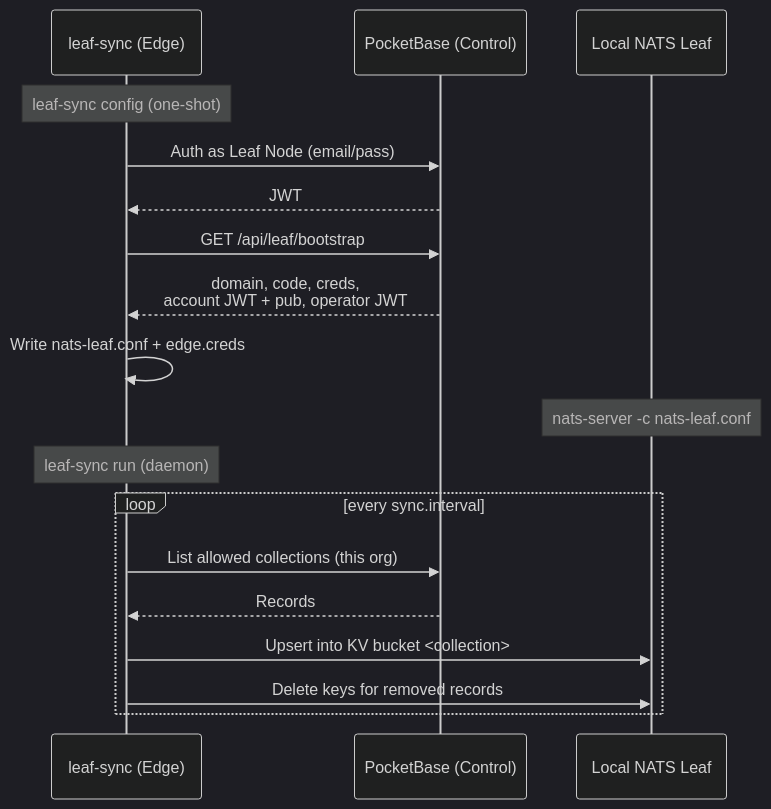
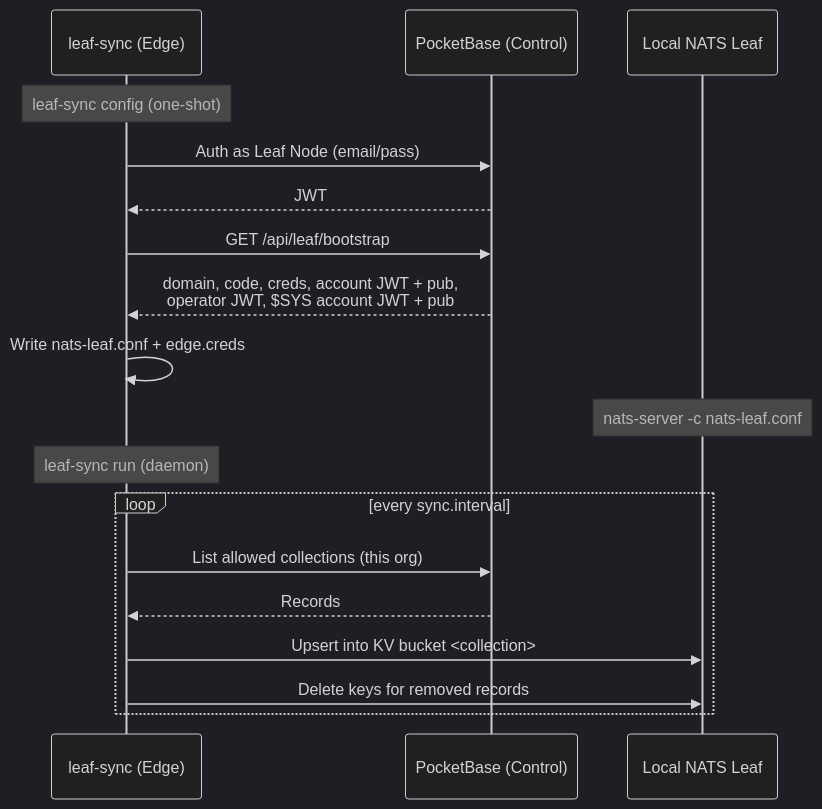
The diagram in docs/leaf-nodes.md (stone-age-io/platform-docs), drawn with Mermaid (dark theme) before and after one commit. The commit also changed other lines of this file and 13 other files, not shown here.

````diff
--- a/docs/leaf-nodes.md
+++ b/docs/leaf-nodes.md
@@ -76,22 +77,22 @@
 ```mermaid
 sequenceDiagram
     participant LS as leaf-sync (Edge)
     participant API as PocketBase (Control)
     participant LEAF as Local NATS Leaf
 
     Note over LS: leaf-sync config (one-shot)
     LS->>API: Auth as Leaf Node (email/pass)
     API-->>LS: JWT
     LS->>API: GET /api/leaf/bootstrap
-    API-->>LS: domain, code, creds,<br/>account JWT + pub, operator JWT
+    API-->>LS: domain, code, creds, account JWT + pub,<br/>operator JWT, $SYS account JWT + pub
     LS->>LS: Write nats-leaf.conf + edge.creds
     Note over LEAF: nats-server -c nats-leaf.conf
 
     Note over LS: leaf-sync run (daemon)
     loop every sync.interval
         LS->>API: List allowed collections (this org)
         API-->>LS: Records
         LS->>LEAF: Upsert into KV bucket <collection>
         LS->>LEAF: Delete keys for removed records
     end
 ```
````
